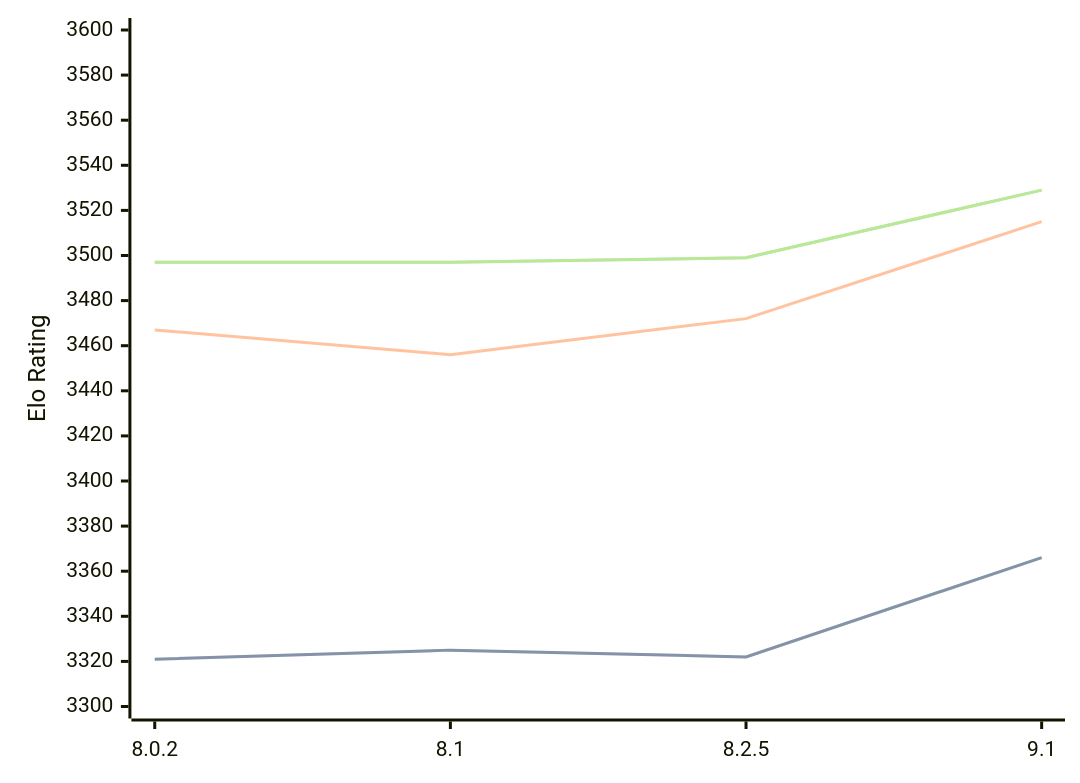
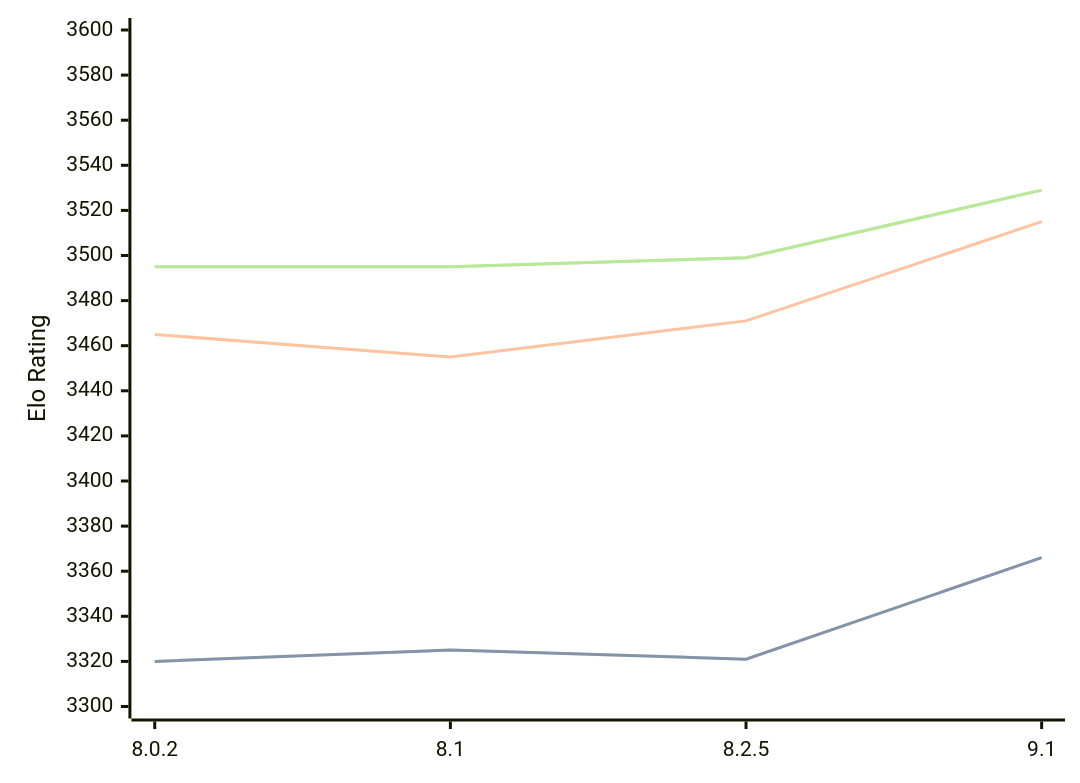
The diagram in engines/Clover.md (computer-chess-index/cci), drawn with Mermaid before and after one commit. The commit also changed other lines of this file, not shown here.

Commit message:
Update CCI Ratings (ELO VLTC) - 2026-06-10

````diff
--- a/engines/Clover.md
+++ b/engines/Clover.md
@@ -64,11 +64,11 @@
 ```mermaid
 %%{init: {"theme":"base","themeVariables":{"seriesColors:['#a3a3a3','#222221','#faa371']}}}%%
 xychart-beta
   x-axis ["8.0.2", "8.1", "8.2.5", "9.1"]
   y-axis "Elo Rating" 3300 --> 3600
-  line "STC (8.0+0.08s)" [3321, 3325, 3322, 3366]
-  line "STC (8.0+0.08s)" [3321, 3325, 3322, 3366]
-  line "LTC (60.0+0.60s)" [3467, 3456, 3472, 3515]
-  line "VLTC (2m24s+1.12s)" [3497, 3497, 3499, 3529]
-  line "VLTC (2m24s+1.12s)" [3497, 3497, 3499, 3529]
+  line "STC (8.0+0.08s)" [3320, 3325, 3321, 3366]
+  line "STC (8.0+0.08s)" [3320, 3325, 3321, 3366]
+  line "LTC (60.0+0.60s)" [3465, 3455, 3471, 3515]
+  line "VLTC (2m24s+1.12s)" [3495, 3495, 3499, 3529]
+  line "VLTC (2m24s+1.12s)" [3495, 3495, 3499, 3529]
 ```
````
